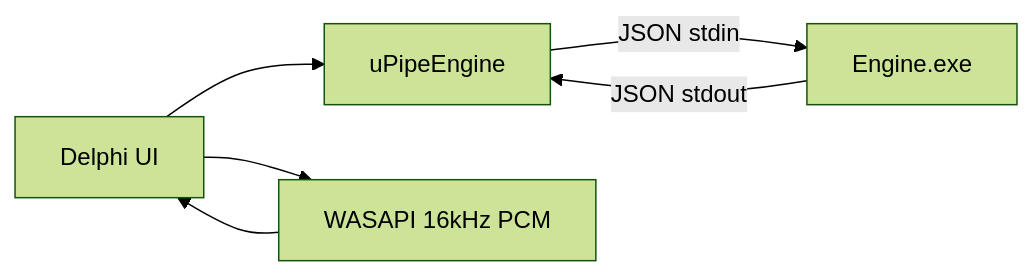
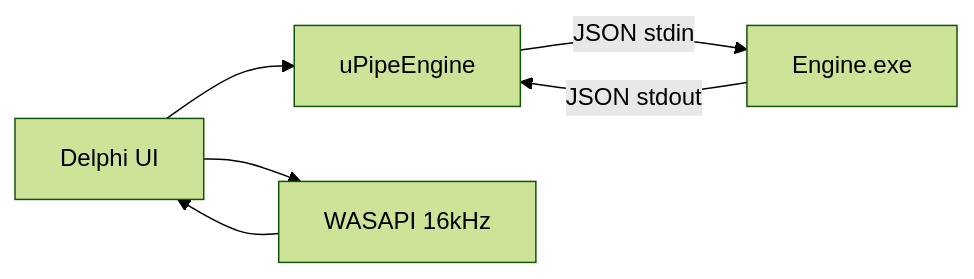
One commit to PoisonIceStudios/SmartInterview_Delphi changed the diagram in README.md. Above: the diagram before and after it, drawn with Mermaid (forest theme). The commit also changed other lines of this file and 15 other files, not shown here.

````diff
--- a/README.md
+++ b/README.md
@@ -59,8 +54,8 @@
 ```mermaid
 flowchart LR
   UI[Delphi UI] --> Pipe[uPipeEngine]
   Pipe -->|JSON stdin| Eng[Engine.exe]
   Eng -->|JSON stdout| Pipe
-  UI --> Audio[WASAPI 16kHz PCM]
+  UI --> Audio[WASAPI 16kHz]
   Audio --> UI
 ```
````
